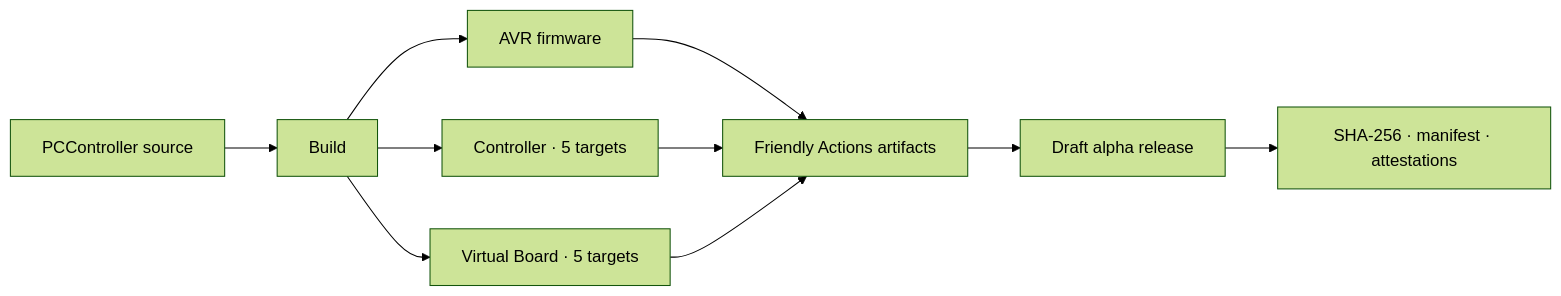
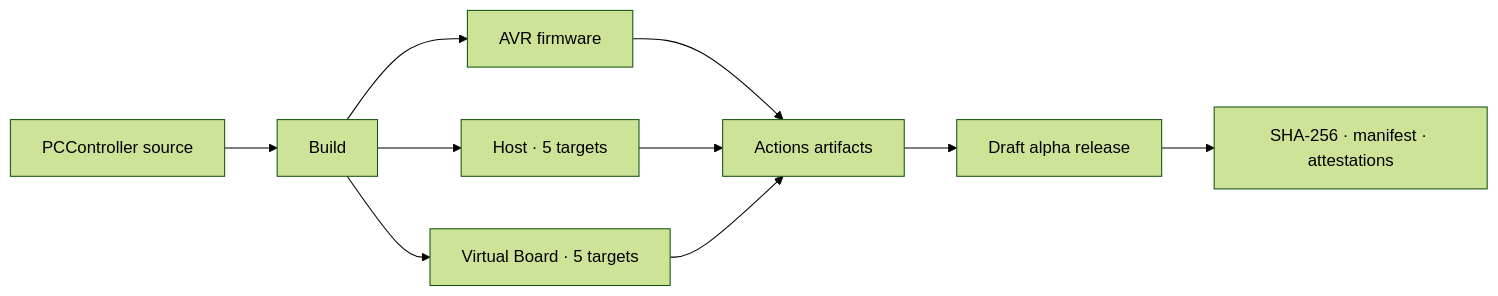
One commit to atomicdeploy/PCController changed the diagram in README.md. Above: the diagram before and after it, drawn with Mermaid (forest theme). The commit also changed other lines of this file and 18 other files, not shown here.

````diff
--- a/README.md
+++ b/README.md
@@ -87,12 +86,12 @@
 ```mermaid
 flowchart LR
     S["PCController source"] --> B["Build"]
     B --> F["AVR firmware"]
-    B --> C["Controller · 5 targets"]
+    B --> C["Host · 5 targets"]
     B --> V["Virtual Board · 5 targets"]
-    F --> A["Friendly Actions artifacts"]
+    F --> A["Actions artifacts"]
     C --> A
     V --> A
     A --> R["Draft alpha release"]
     R --> I["SHA-256 · manifest · attestations"]
 ```
````
